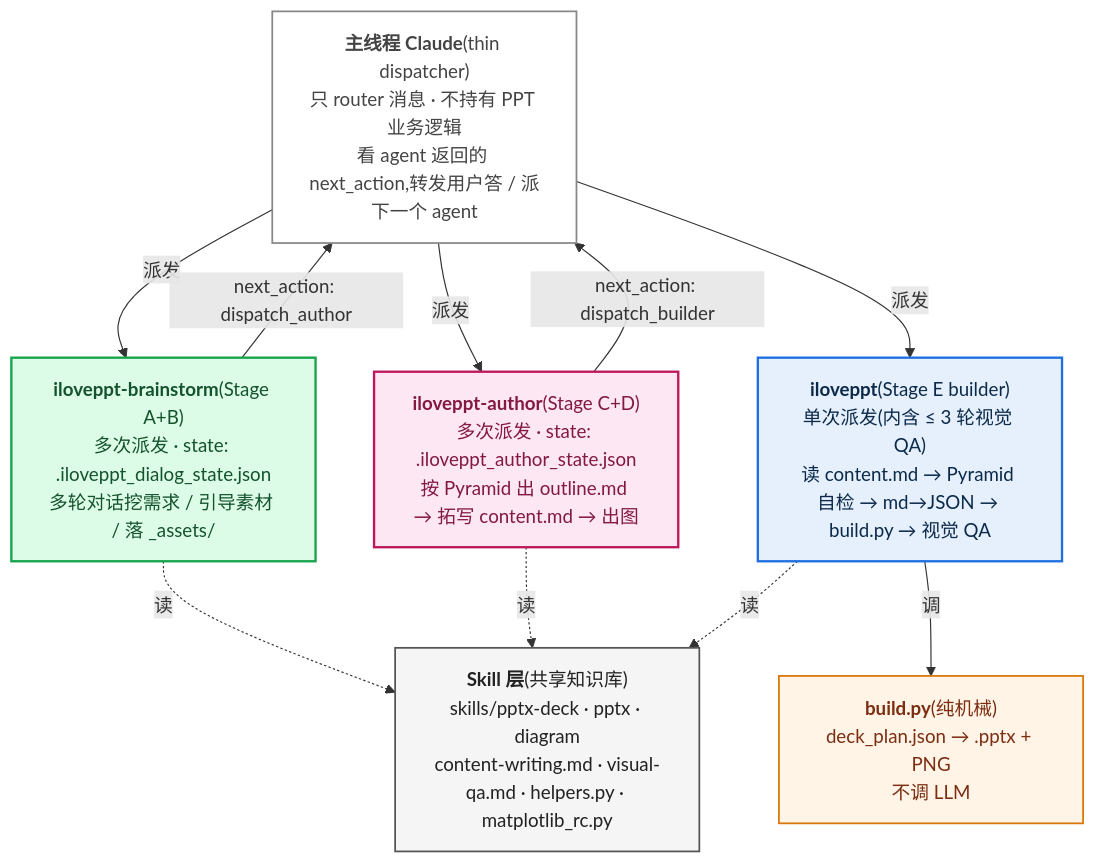
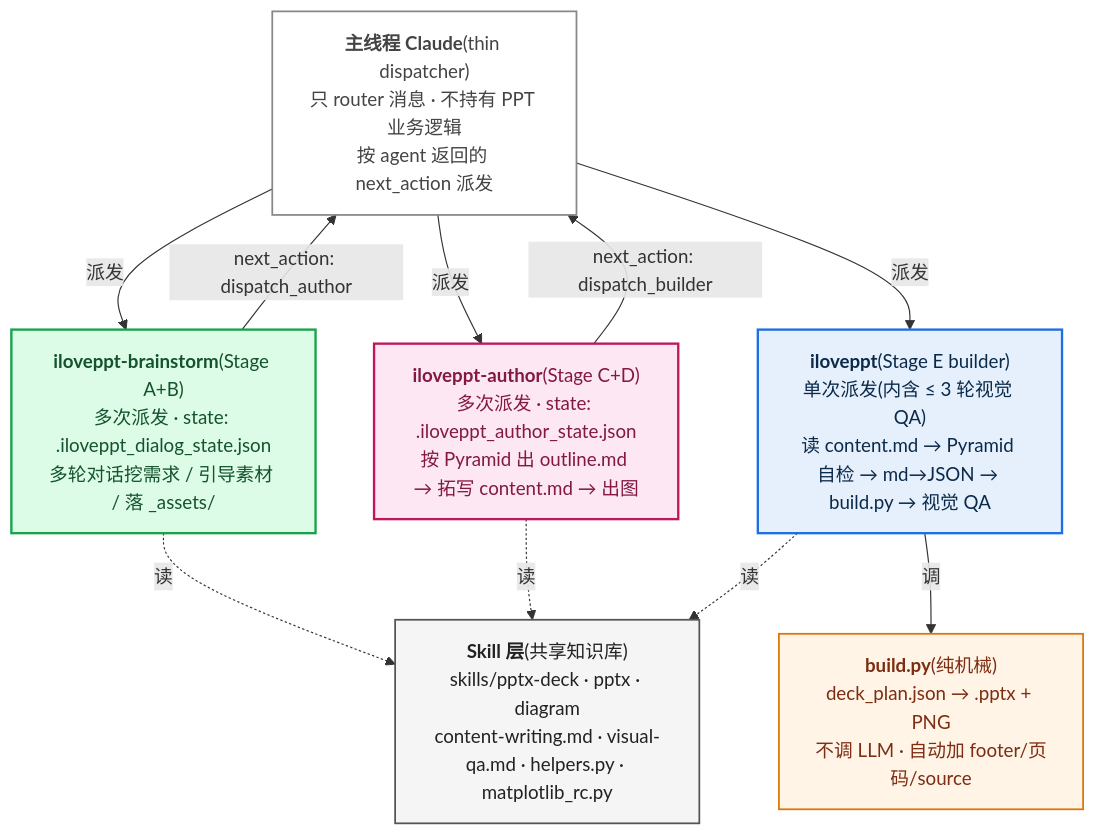
Before and after one commit to pcliangx/iLovePPT: the first of 8 diagrams in docs/agent-internals.zh.md, drawn with Mermaid. The commit also changed other lines of this file, not shown here.

First line of the commit message:
docs: rewrite agent-internals.zh.md clean for v3.1 architecture

````diff
--- a/docs/agent-internals.zh.md
+++ b/docs/agent-internals.zh.md
@@ -37,30 +50,30 @@
 ```mermaid
 flowchart TB
-    M["<b>主线程 Claude</b>(thin dispatcher)<br/>只 router 消息 · 不持有 PPT 业务逻辑<br/>看 agent 返回的 next_action,转发用户答 / 派下一个 agent"]
+    M["<b>主线程 Claude</b>(thin dispatcher)<br/>只 router 消息 · 不持有 PPT 业务逻辑<br/>按 agent 返回的 next_action 派发"]
     BS["<b>iloveppt-brainstorm</b>(Stage A+B)<br/>多次派发 · state: .iloveppt_dialog_state.json<br/>多轮对话挖需求 / 引导素材 / 落 _assets/"]
     AU["<b>iloveppt-author</b>(Stage C+D)<br/>多次派发 · state: .iloveppt_author_state.json<br/>按 Pyramid 出 outline.md → 拓写 content.md → 出图"]
     BD["<b>iloveppt</b>(Stage E builder)<br/>单次派发(内含 ≤ 3 轮视觉 QA)<br/>读 content.md → Pyramid 自检 → md→JSON → build.py → 视觉 QA"]
     SK["<b>Skill 层</b>(共享知识库)<br/>skills/pptx-deck · pptx · diagram<br/>content-writing.md · visual-qa.md · helpers.py · matplotlib_rc.py"]
-    BP["<b>build.py</b>(纯机械)<br/>deck_plan.json → .pptx + PNG<br/>不调 LLM"]
+    BP["<b>build.py</b>(纯机械)<br/>deck_plan.json → .pptx + PNG<br/>不调 LLM · 自动加 footer/页码/source"]
     M -->|派发| BS
     BS -->|next_action: dispatch_author| M
     M -->|派发| AU
     AU -->|next_action: dispatch_builder| M
     M -->|派发| BD
     BS -.->|读| SK
     AU -.->|读| SK
     BD -.->|读| SK
     BD -->|调| BP
     classDef main fill:#FFF,stroke:#888,stroke-width:1.5px,color:#444
     classDef stage1 fill:#DCFCE7,stroke:#16A34A,stroke-width:2px,color:#14532D
     classDef stage2 fill:#FCE7F3,stroke:#BE185D,stroke-width:2px,color:#831843
     classDef stage3 fill:#E6F0FC,stroke:#1E6FE0,stroke-width:2px,color:#0B2A4A
     classDef skill fill:#F5F5F5,stroke:#555,stroke-width:1.5px,color:#222
     classDef tool fill:#FFF4E6,stroke:#D97706,stroke-width:1.5px,color:#7C2D12
     class M main
     class BS stage1
     class AU stage2
     class BD stage3
     class SK skill
     class BP tool
 ```
````
